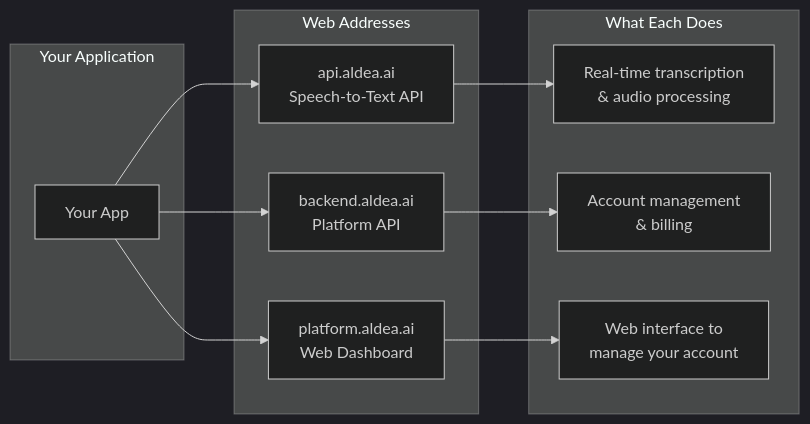
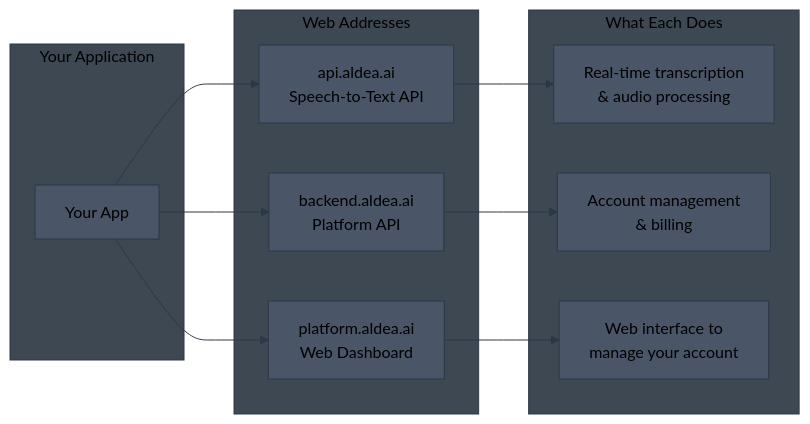
The first of 8 diagrams in diagrams/ecs-architecture.md (aldea-ai/infrastructure-docs), drawn with Mermaid before and after one commit. The commit also changed other lines of this file and 2 other files, not shown here.

Commit message:
Use custom dark gray theme with black text for dark mode readability

````diff
--- a/diagrams/ecs-architecture.md
+++ b/diagrams/ecs-architecture.md
@@ -11,23 +11,23 @@
 ```mermaid
-%%{init: {'theme': 'dark'}}%%
+%%{init: {'theme': 'base', 'themeVariables': { 'primaryColor': '#4a5568', 'primaryTextColor': '#000', 'primaryBorderColor': '#2d3748', 'lineColor': '#2d3748', 'secondaryColor': '#5a6577', 'tertiaryColor': '#6b7280', 'background': '#1a202c', 'mainBkg': '#4a5568', 'secondBkg': '#5a6577', 'border1': '#2d3748', 'border2': '#2d3748', 'note1': '#5a6577', 'note2': '#000', 'text1': '#000', 'text2': '#000', 'critical': '#4a5568', 'done': '#5a6577', 'arrowheadColor': '#2d3748', 'fontFamily': 'arial', 'clusterBkg': '#3d4852', 'clusterBorder': '#2d3748', 'titleColor': '#000'}}}%%
 flowchart LR
     subgraph Users["Your Application"]
         APP[Your App]
     end
 
     subgraph Domains["Web Addresses"]
         API[api.aldea.ai<br/>Speech-to-Text API]
         BACK[backend.aldea.ai<br/>Platform API]
         PLAT[platform.aldea.ai<br/>Web Dashboard]
     end
 
     subgraph Services["What Each Does"]
         S1[Real-time transcription<br/>& audio processing]
         S2[Account management<br/>& billing]
         S3[Web interface to<br/>manage your account]
     end
 
     APP --> API --> S1
     APP --> BACK --> S2
     APP --> PLAT --> S3
 ```
````
